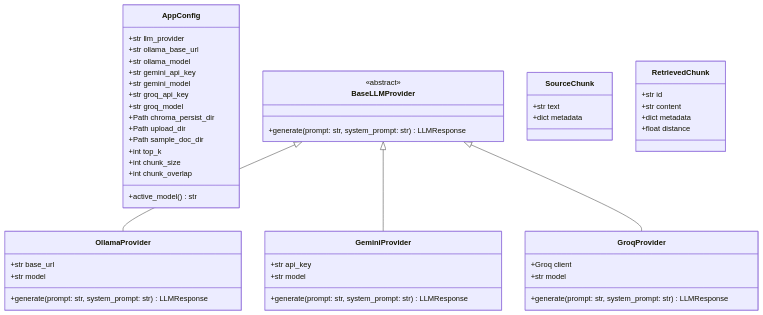
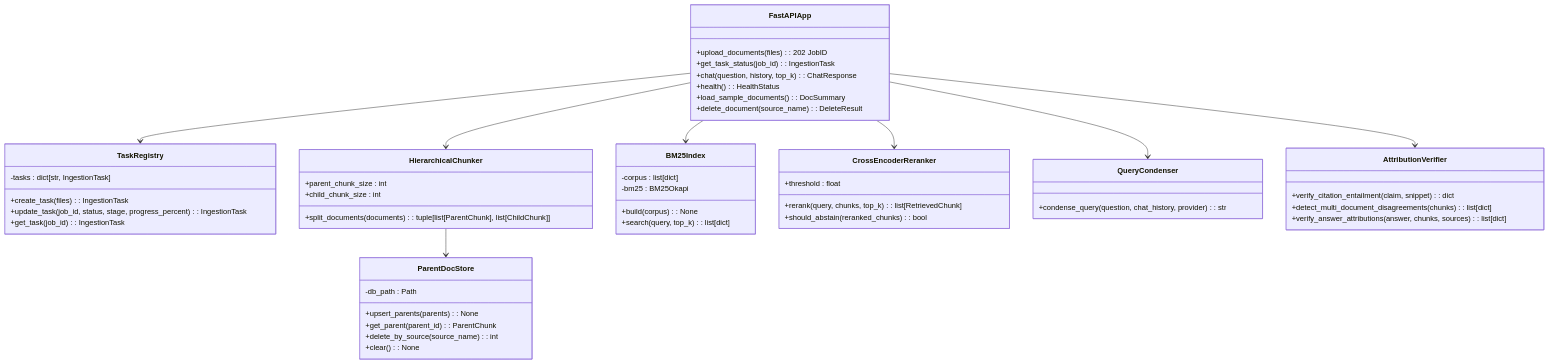
Before and after one commit to piyushgoel2808/AI-Knowledge-Assistant: the second of 2 diagrams in docs/architecture.md, drawn with Mermaid. The commit also changed other lines of this file and 80 other files, not shown here.

Commit message:
feat: upgrade to production RAG system with async ingestion, layout tables, hierarchical chunking, hybrid search, cross-encoder reranker, query condensation, sentence entailment, and hands-free voice layer

````diff
--- a/docs/architecture.md
+++ b/docs/architecture.md
@@ -74,58 +109,63 @@
 ```mermaid
 classDiagram
-    class AppConfig {
-        +str llm_provider
-        +str ollama_base_url
-        +str ollama_model
-        +str gemini_api_key
-        +str gemini_model
-        +str groq_api_key
-        +str groq_model
-        +Path chroma_persist_dir
-        +Path upload_dir
-        +Path sample_doc_dir
-        +int top_k
-        +int chunk_size
-        +int chunk_overlap
-        +active_model() str
+    class FastAPIApp {
+        +upload_documents(files) : 202 JobID
+        +get_task_status(job_id) : IngestionTask
+        +chat(question, history, top_k) : ChatResponse
+        +health() : HealthStatus
+        +load_sample_documents() : DocSummary
+        +delete_document(source_name) : DeleteResult
     }
 
-    class BaseLLMProvider {
-        <<abstract>>
-        +generate(prompt: str, system_prompt: str) LLMResponse
+    class TaskRegistry {
+        -tasks : dict[str, IngestionTask]
+        +create_task(files) : IngestionTask
+        +update_task(job_id, status, stage, progress_percent) : IngestionTask
+        +get_task(job_id) : IngestionTask
     }
 
-    class OllamaProvider {
-        +str base_url
-        +str model
-        +generate(prompt: str, system_prompt: str) LLMResponse
+    class HierarchicalChunker {
+        +parent_chunk_size : int
+        +child_chunk_size : int
+        +split_documents(documents) : tuple[list[ParentChunk], list[ChildChunk]]
     }
 
-    class GeminiProvider {
-        +str api_key
-        +str model
-        +generate(prompt: str, system_prompt: str) LLMResponse
+    class ParentDocStore {
+        -db_path : Path
+        +upsert_parents(parents) : None
+        +get_parent(parent_id) : ParentChunk
+        +delete_by_source(source_name) : int
+        +clear() : None
     }
 
-    class GroqProvider {
-        +Groq client
-        +str model
-        +generate(prompt: str, system_prompt: str) LLMResponse
+    class BM25Index {
+        -corpus : list[dict]
+        -bm25 : BM25Okapi
+        +build(corpus) : None
+        +search(query, top_k) : list[dict]
     }
 
-    class SourceChunk {
-        +str text
-        +dict metadata
+    class CrossEncoderReranker {
+        +threshold : float
+        +rerank(query, chunks, top_k) : list[RetrievedChunk]
+        +should_abstain(reranked_chunks) : bool
     }
 
-    class RetrievedChunk {
-        +str id
-        +str content
-        +dict metadata
-        +float distance
+    class QueryCondenser {
+        +condense_query(question, chat_history, provider) : str
     }
 
-    BaseLLMProvider <|-- OllamaProvider
-    BaseLLMProvider <|-- GeminiProvider
-    BaseLLMProvider <|-- GroqProvider
+    class AttributionVerifier {
+        +verify_citation_entailment(claim, snippet) : dict
+        +detect_multi_document_disagreements(chunks) : list[dict]
+        +verify_answer_attributions(answer, chunks, sources) : list[dict]
+    }
+
+    FastAPIApp --> TaskRegistry
+    FastAPIApp --> HierarchicalChunker
+    HierarchicalChunker --> ParentDocStore
+    FastAPIApp --> BM25Index
+    FastAPIApp --> CrossEncoderReranker
+    FastAPIApp --> QueryCondenser
+    FastAPIApp --> AttributionVerifier
 ```
````
